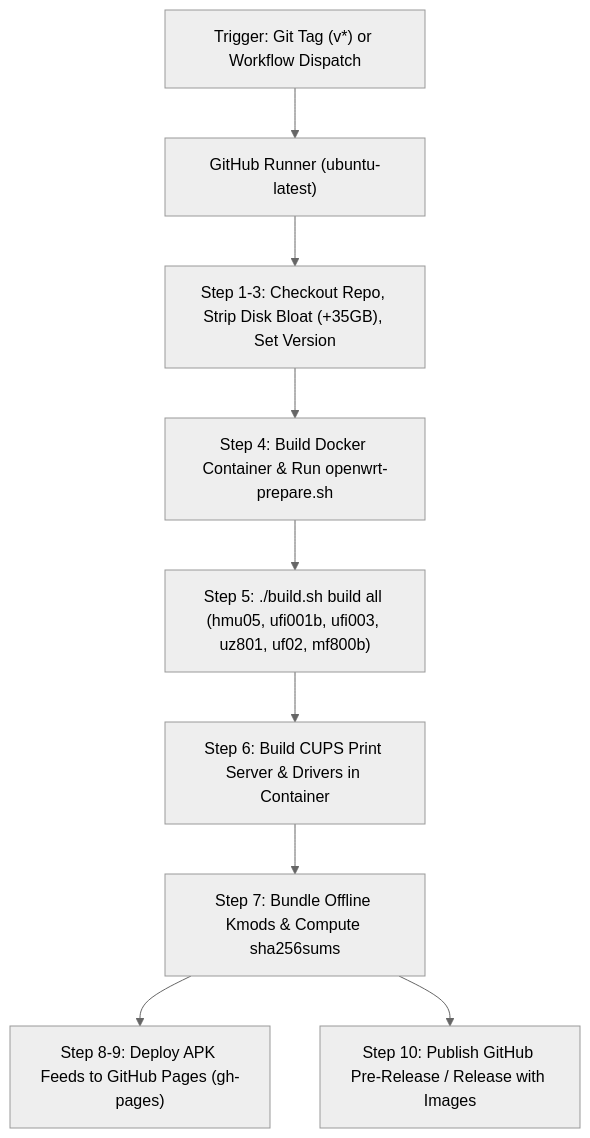
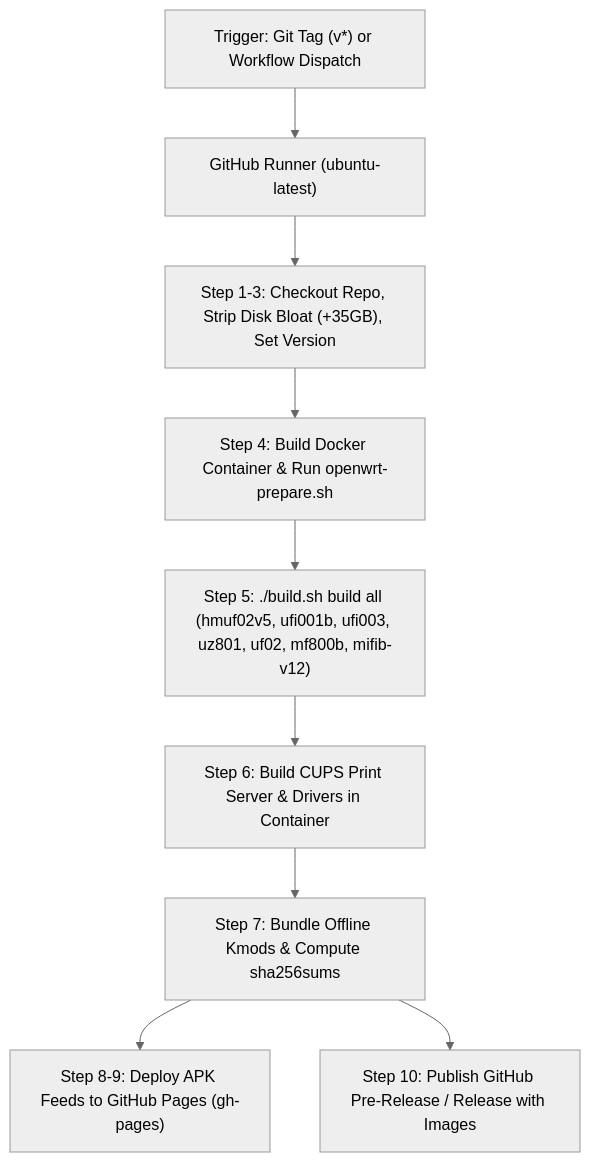
Before and after one commit to akbar-npj/msm8916-openwrt: the diagram in Docs/Github Actions/README.md, drawn with Mermaid (neutral theme). The commit also changed other lines of this file and 6 other files, not shown here.

````diff
--- a/Docs/Github Actions/README.md
+++ b/Docs/Github Actions/README.md
@@ -11,11 +11,11 @@
 ```mermaid
 graph TD
     A["Trigger: Git Tag (v*) or Workflow Dispatch"] --> B["GitHub Runner (ubuntu-latest)"]
     B --> C["Step 1-3: Checkout Repo, Strip Disk Bloat (+35GB), Set Version"]
     C --> D["Step 4: Build Docker Container & Run openwrt-prepare.sh"]
-    D --> E["Step 5: ./build.sh build all (hmu05, ufi001b, ufi003, uz801, uf02, mf800b)"]
+    D --> E["Step 5: ./build.sh build all (hmuf02v5, ufi001b, ufi003, uz801, uf02, mf800b, mifib-v12)"]
     E --> F["Step 6: Build CUPS Print Server & Drivers in Container"]
     F --> G["Step 7: Bundle Offline Kmods & Compute sha256sums"]
     G --> H["Step 8-9: Deploy APK Feeds to GitHub Pages (gh-pages)"]
     G --> I["Step 10: Publish GitHub Pre-Release / Release with Images"]
 ```
````
